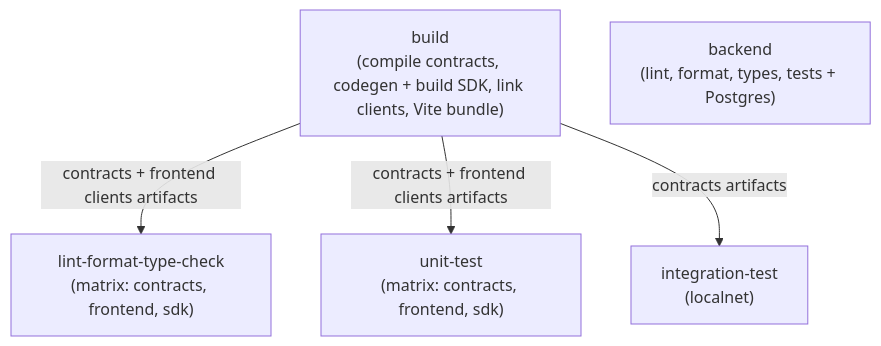
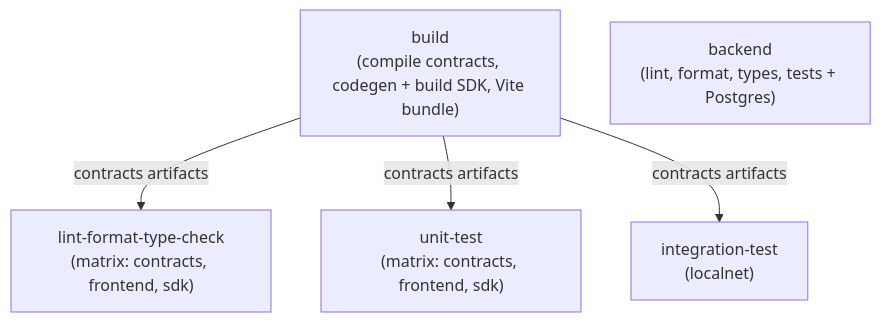
One commit to adidomenico/AlgorArt changed the diagram in docs/ci.md. Above: the diagram before and after it, drawn with Mermaid. The commit also changed other lines of this file and 7 other files, not shown here.

Commit message:
chore(frontend): drop the linked contract clients

````diff
--- a/docs/ci.md
+++ b/docs/ci.md
@@ -33,12 +31,12 @@
 ```mermaid
 flowchart TD
-    build["build<br/>(compile contracts, codegen + build SDK, link clients, Vite bundle)"]
+    build["build<br/>(compile contracts, codegen + build SDK, Vite bundle)"]
     lint["lint-format-type-check<br/>(matrix: contracts, frontend, sdk)"]
     unit["unit-test<br/>(matrix: contracts, frontend, sdk)"]
     backend["backend<br/>(lint, format, types, tests + Postgres)"]
     integration["integration-test<br/>(localnet)"]
 
-    build -->|"contracts + frontend clients artifacts"| lint
-    build -->|"contracts + frontend clients artifacts"| unit
+    build -->|"contracts artifacts"| lint
+    build -->|"contracts artifacts"| unit
     build -->|"contracts artifacts"| integration
 ```
````
